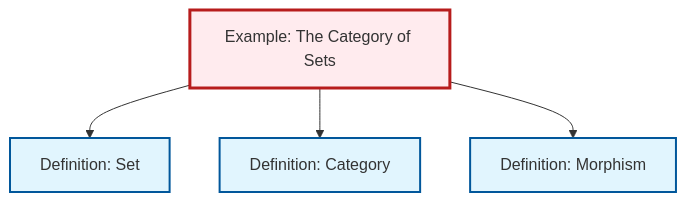
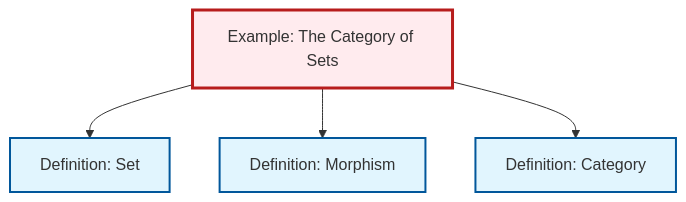
One commit to RK0429/ModernMath changed the diagram in content/ja/category-theory/ex-set-category.qmd. Above: the diagram before and after it, drawn with Mermaid. The commit also changed other lines of this file and 491 other files, not shown here.

````diff
--- a/content/ja/category-theory/ex-set-category.qmd
+++ b/content/ja/category-theory/ex-set-category.qmd
@@ -69,20 +69,20 @@
 ```{mermaid}
 %%| fig-cap: "Local dependency graph"
 graph TD
     classDef definition fill:#e1f5fe,stroke:#01579b,stroke-width:2px
     classDef theorem fill:#f3e5f5,stroke:#4a148c,stroke-width:2px
     classDef axiom fill:#fff3e0,stroke:#e65100,stroke-width:2px
     classDef example fill:#e8f5e9,stroke:#1b5e20,stroke-width:2px
     classDef current fill:#ffebee,stroke:#b71c1c,stroke-width:3px
+    def-set["Definition: Set"]:::definition
+    def-morphism["Definition: Morphism"]:::definition
     ex-set-category["Example: The Category of Sets"]:::example
-    def-morphism["Definition: Morphism"]:::definition
-    def-set["Definition: Set"]:::definition
     def-category["Definition: Category"]:::definition
     ex-set-category --> def-set
+    ex-set-category --> def-morphism
     ex-set-category --> def-category
-    ex-set-category --> def-morphism
     class ex-set-category current
+    click def-set "def-set.html" "Definition: Setへ"
     click def-morphism "def-morphism.html" "Definition: Morphismへ"
-    click def-set "def-set.html" "Definition: Setへ"
     click def-category "def-category.html" "Definition: Categoryへ"
 ```
````
